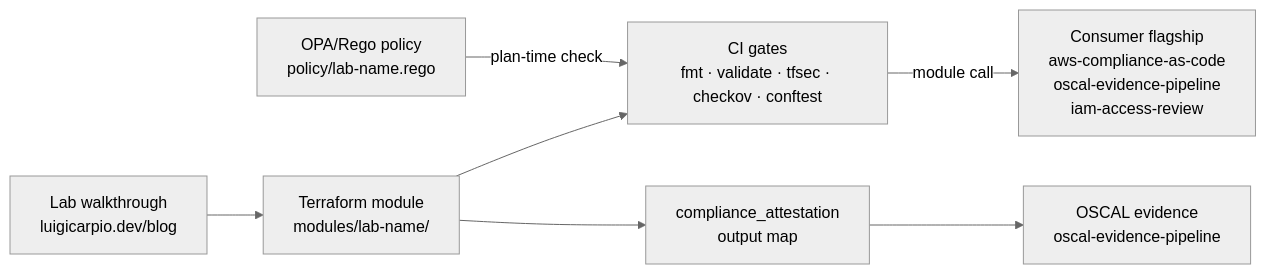
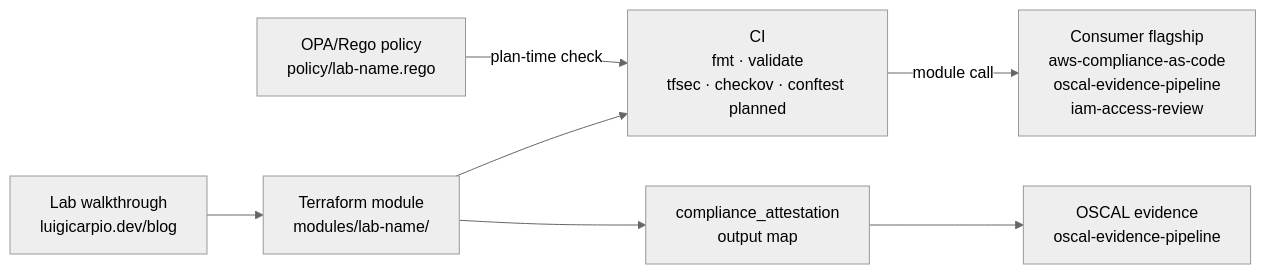
Before and after one commit to 0xBahalaNa/aws-grc-terraform-modules: the diagram in README.md, drawn with Mermaid (neutral theme). The commit also changed other lines of this file and 1 other file, not shown here.

First line of the commit message:
feat: add CI that runs terraform fmt and validate (#20)

````diff
--- a/README.md
+++ b/README.md
@@ -24,9 +24,9 @@
 ```mermaid
 graph LR
     A[Lab walkthrough<br/>luigicarpio.dev/blog] --> B[Terraform module<br/>modules/lab-name/]
-    B --> C[CI gates<br/>fmt · validate · tfsec · checkov · conftest]
+    B --> C[CI<br/>fmt · validate<br/>tfsec · checkov · conftest planned]
     C -->|module call| D[Consumer flagship<br/>aws-compliance-as-code<br/>oscal-evidence-pipeline<br/>iam-access-review]
     B --> E[compliance_attestation<br/>output map]
     E --> F[OSCAL evidence<br/>oscal-evidence-pipeline]
     G[OPA/Rego policy<br/>policy/lab-name.rego] -->|plan-time check| C
 ```
````
